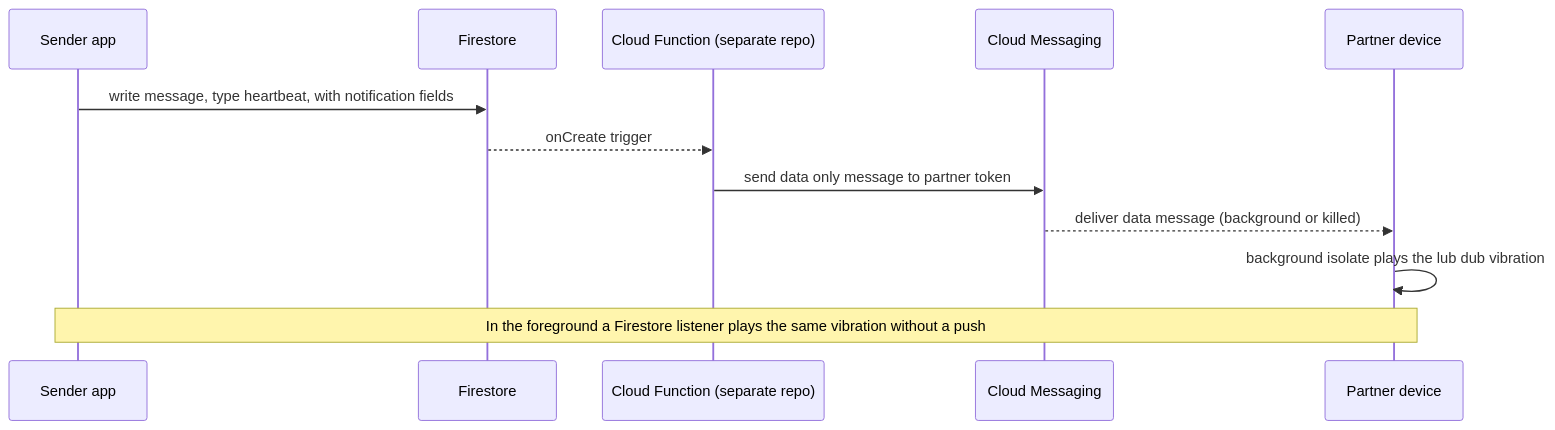
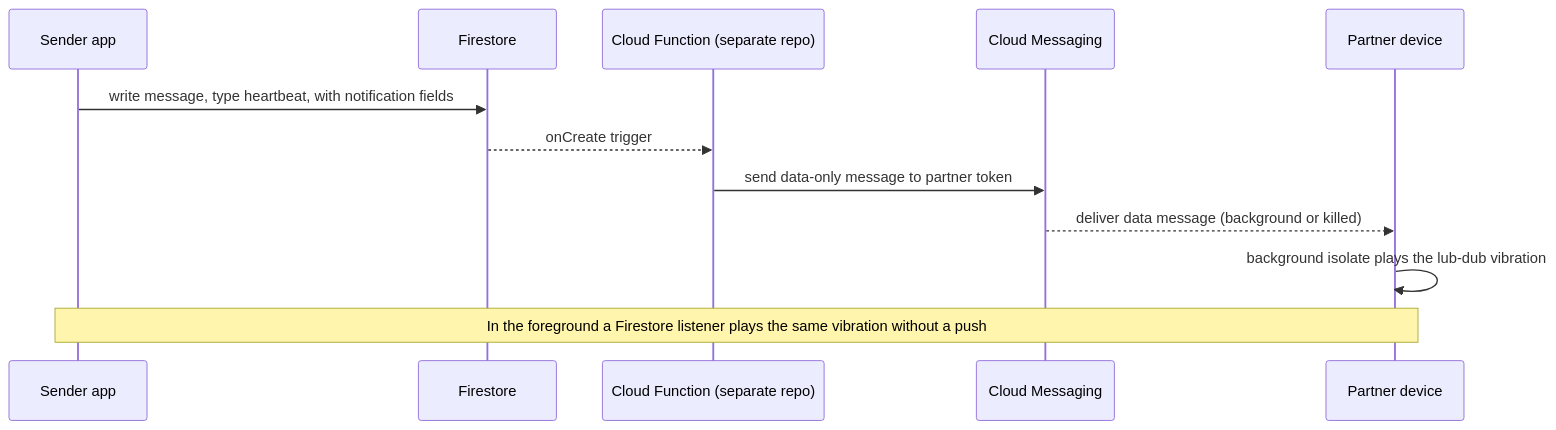
Before and after one commit to Abhishek-S-777/symphonia: the second of 2 diagrams in README.md, drawn with Mermaid. The commit also changed other lines of this file, not shown here.

````diff
--- a/README.md
+++ b/README.md
@@ -126,15 +126,15 @@
 ```mermaid
 sequenceDiagram
   participant A as Sender app
   participant FS as Firestore
   participant CF as Cloud Function (separate repo)
   participant FCM as Cloud Messaging
   participant B as Partner device
 
   A->>FS: write message, type heartbeat, with notification fields
   FS-->>CF: onCreate trigger
-  CF->>FCM: send data only message to partner token
+  CF->>FCM: send data-only message to partner token
   FCM-->>B: deliver data message (background or killed)
-  B->>B: background isolate plays the lub dub vibration
+  B->>B: background isolate plays the lub-dub vibration
   Note over A,B: In the foreground a Firestore listener plays the same vibration without a push
 ```
````
